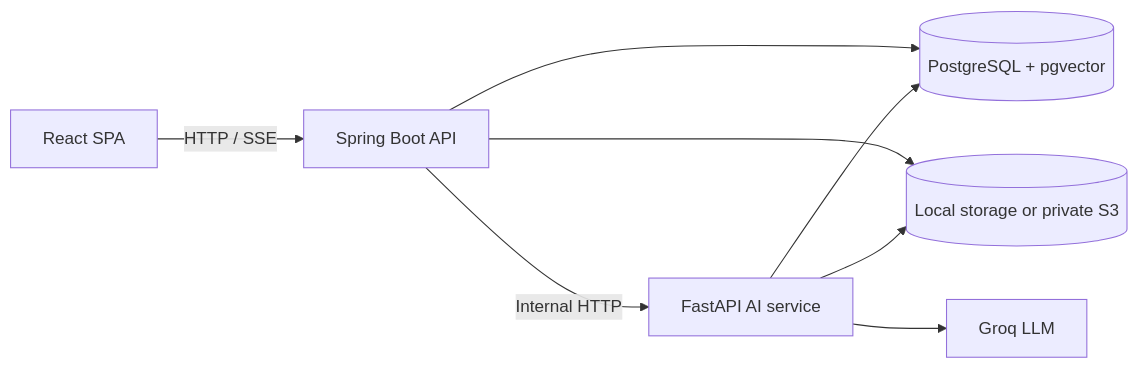
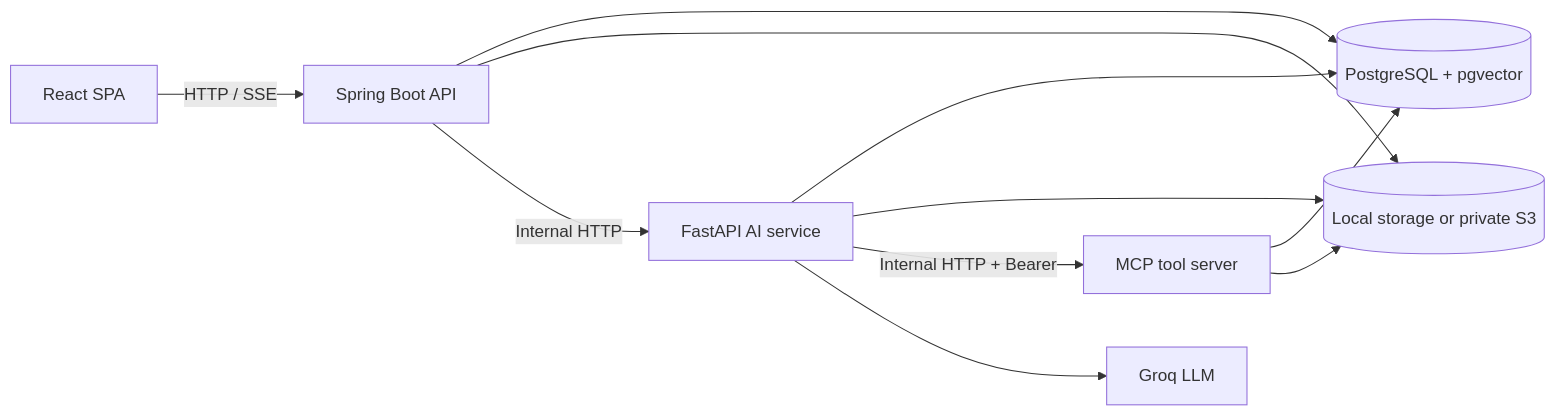
One commit to omnavneet/codebase-ai changed the first of 2 diagrams in README.md. Above: the diagram before and after it, drawn with Mermaid. The commit also changed other lines of this file and 15 other files, not shown here.

First line of the commit message:
feat: add MCP tool server and integrate with agent

````diff
--- a/README.md
+++ b/README.md
@@ -42,10 +42,13 @@
 ```mermaid
 flowchart LR
     Browser[React SPA] -->|HTTP / SSE| API[Spring Boot API]
     API --> DB[(PostgreSQL + pgvector)]
     API --> Store[(Local storage or private S3)]
     API -->|Internal HTTP| AI[FastAPI AI service]
     AI --> DB
     AI --> Store
+    AI -->|Internal HTTP + Bearer| MCP[MCP tool server]
+    MCP --> DB
+    MCP --> Store
     AI --> LLM[Groq LLM]
 ```
````
